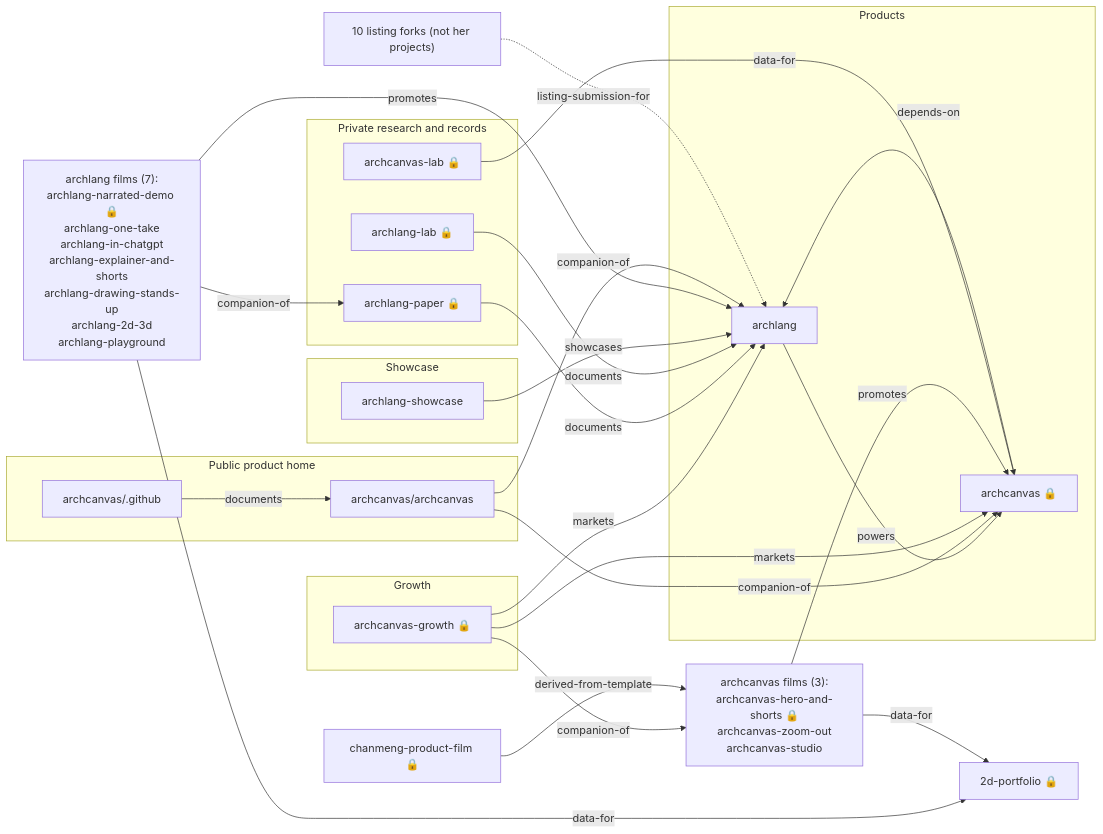
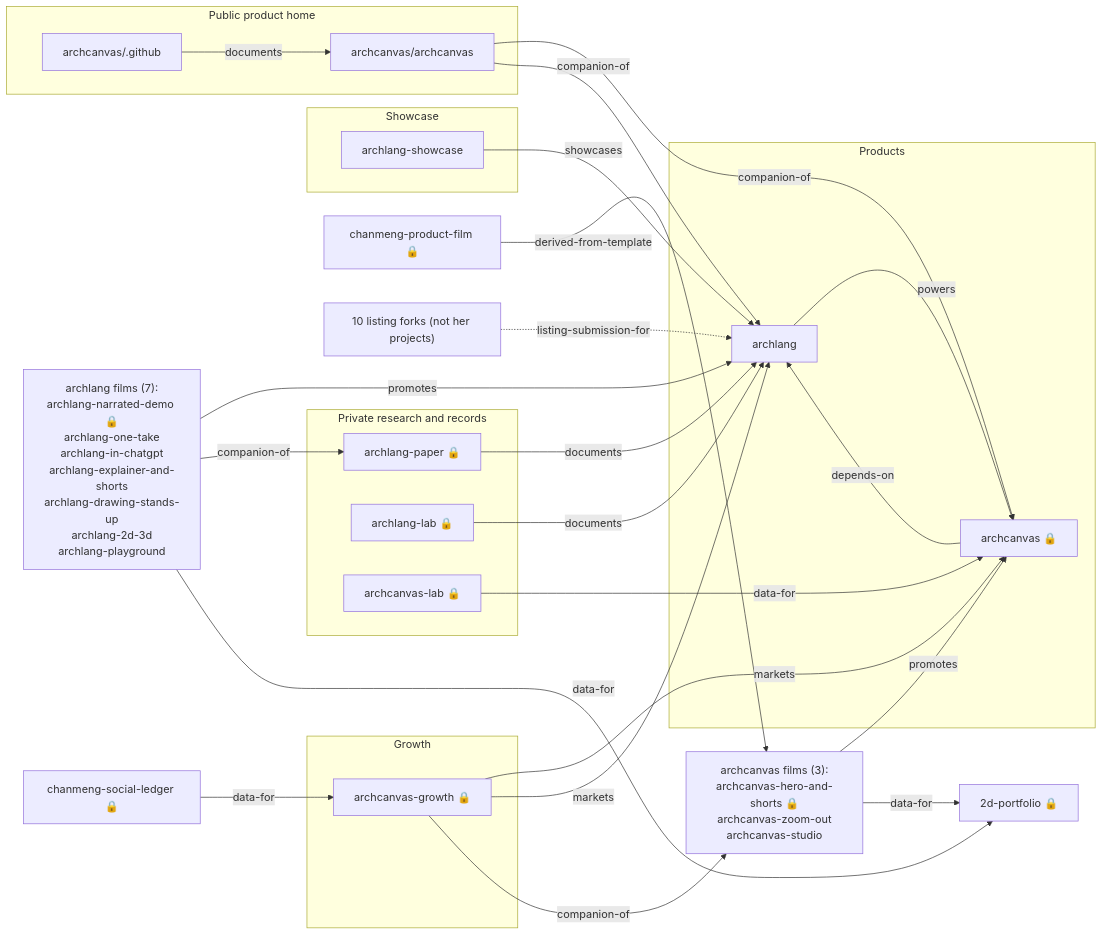
Before and after one commit to ChanMeng666/ChanMeng666: the diagram in docs/ecosystem/archlang-context.md, drawn with Mermaid. The commit also changed other lines of this file and 10 other files, not shown here.

First line of the commit message:
ecosystem: register chanmeng-social-ledger; Claude fills repo judgement fields (q55)

````diff
--- a/docs/ecosystem/archlang-context.md
+++ b/docs/ecosystem/archlang-context.md
@@ -26,46 +26,48 @@
 ```mermaid
 flowchart LR
   subgraph Products["Products"]
     ChanMeng666_archlang["archlang"]
     ChanMeng666_archcanvas["archcanvas 🔒"]
   end
   subgraph Growth["Growth"]
     ChanMeng666_archcanvas_growth["archcanvas-growth 🔒"]
   end
   subgraph Private_research_and_records["Private research and records"]
     ChanMeng666_archlang_paper["archlang-paper 🔒"]
     ChanMeng666_archlang_lab["archlang-lab 🔒"]
     ChanMeng666_archcanvas_lab["archcanvas-lab 🔒"]
   end
   subgraph Showcase["Showcase"]
     ChanMeng666_archlang_showcase["archlang-showcase"]
   end
   subgraph Public_product_home["Public product home"]
     archcanvas_archcanvas["archcanvas/archcanvas"]
     archcanvas__github["archcanvas/.github"]
   end
   films_ChanMeng666_archcanvas["archcanvas films (3):<br/>archcanvas-hero-and-shorts 🔒<br/>archcanvas-zoom-out<br/>archcanvas-studio"]
   films_ChanMeng666_archlang["archlang films (7):<br/>archlang-narrated-demo 🔒<br/>archlang-one-take<br/>archlang-in-chatgpt<br/>archlang-explainer-and-shorts<br/>archlang-drawing-stands-up<br/>archlang-2d-3d<br/>archlang-playground"]
+  ChanMeng666_chanmeng_social_ledger["chanmeng-social-ledger 🔒"]
   ChanMeng666_chanmeng_product_film["chanmeng-product-film 🔒"]
   ChanMeng666_2d_portfolio["2d-portfolio 🔒"]
+  ChanMeng666_chanmeng_social_ledger -->|data-for| ChanMeng666_archcanvas_growth
   ChanMeng666_archcanvas -->|depends-on| ChanMeng666_archlang
   ChanMeng666_archlang -->|powers| ChanMeng666_archcanvas
   archcanvas_archcanvas -->|companion-of| ChanMeng666_archcanvas
   archcanvas__github -->|documents| archcanvas_archcanvas
   ChanMeng666_archcanvas_growth -->|markets| ChanMeng666_archcanvas
   ChanMeng666_archcanvas_growth -->|markets| ChanMeng666_archlang
   films_ChanMeng666_archcanvas -->|promotes| ChanMeng666_archcanvas
   ChanMeng666_archcanvas_growth -->|companion-of| films_ChanMeng666_archcanvas
   ChanMeng666_archlang_paper -->|documents| ChanMeng666_archlang
   ChanMeng666_archlang_lab -->|documents| ChanMeng666_archlang
   ChanMeng666_archcanvas_lab -->|data-for| ChanMeng666_archcanvas
   ChanMeng666_archlang_showcase -->|showcases| ChanMeng666_archlang
   films_ChanMeng666_archlang -->|promotes| ChanMeng666_archlang
   films_ChanMeng666_archlang -->|companion-of| ChanMeng666_archlang_paper
   ChanMeng666_chanmeng_product_film -->|derived-from-template| films_ChanMeng666_archcanvas
   films_ChanMeng666_archlang -->|data-for| ChanMeng666_2d_portfolio
   films_ChanMeng666_archcanvas -->|data-for| ChanMeng666_2d_portfolio
   archcanvas_archcanvas -->|companion-of| ChanMeng666_archlang
   forks["10 listing forks (not her projects)"]
   forks -.->|listing-submission-for| ChanMeng666_archlang
 ```
````
